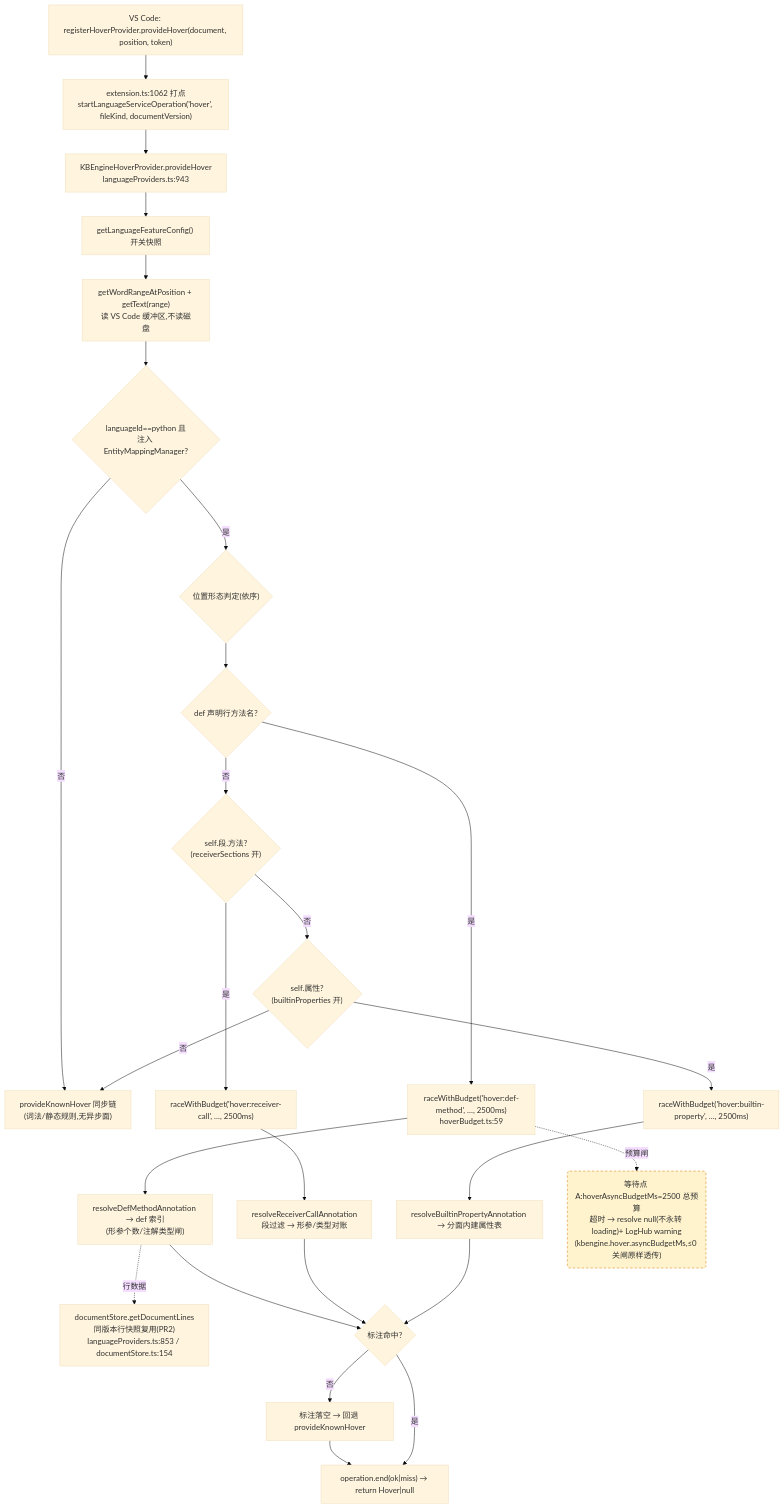
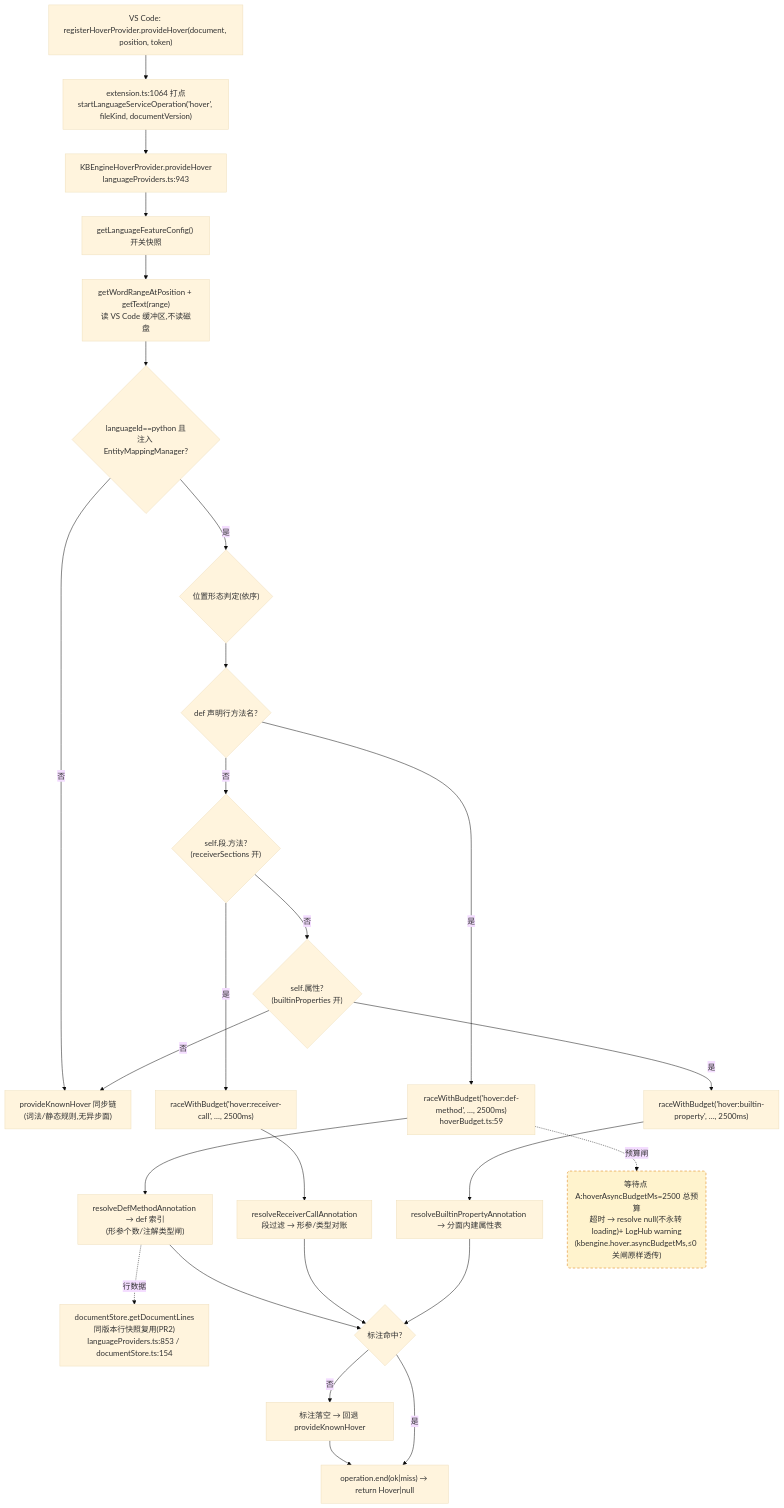
The first of 4 diagrams in docs/perf/2026-baseline.md (cuihairu/kode), drawn with Mermaid (base theme) before and after one commit. The commit also changed other lines of this file and 9 other files, not shown here.

````diff
--- a/docs/perf/2026-baseline.md
+++ b/docs/perf/2026-baseline.md
@@ -82,45 +82,45 @@
 ```mermaid
 flowchart TD
   VC1["VS Code: registerHoverProvider.provideHover(document, position, token)"]
-  M1["extension.ts:1062 打点<br/>startLanguageServiceOperation('hover', fileKind, documentVersion)"]
+  M1["extension.ts:1064 打点<br/>startLanguageServiceOperation('hover', fileKind, documentVersion)"]
   HP["KBEngineHoverProvider.provideHover<br/>languageProviders.ts:943"]
   CFG["getLanguageFeatureConfig() 开关快照"]
   WORD["getWordRangeAtPosition + getText(range)<br/>读 VS Code 缓冲区,不读磁盘"]
   BR{"languageId==python 且<br/>注入 EntityMappingManager?"}
   KN["provideKnownHover 同步链<br/>(词法/静态规则,无异步面)"]
   POS{"位置形态判定(依序)"}
   D1{"def 声明行方法名?"}
   D2{"self.段.方法?<br/>(receiverSections 开)"}
   D3{"self.属性?<br/>(builtinProperties 开)"}
   RA1["raceWithBudget('hover:def-method', …, 2500ms)<br/>hoverBudget.ts:59"]
   RA2["raceWithBudget('hover:receiver-call', …, 2500ms)"]
   RA3["raceWithBudget('hover:builtin-property', …, 2500ms)"]
   RS1["resolveDefMethodAnnotation → def 索引<br/>(形参个数/注解类型闸)"]
   RS2["resolveReceiverCallAnnotation<br/>段过滤 → 形参/类型对账"]
   RS3["resolveBuiltinPropertyAnnotation → 分面内建属性表"]
   LINES["documentStore.getDocumentLines<br/>同版本行快照复用(PR2)<br/>languageProviders.ts:853 / documentStore.ts:154"]
   MISS["标注落空 → 回退 provideKnownHover"]
   END1["operation.end(ok|miss) → return Hover|null"]
 
   VC1 --> M1 --> HP --> CFG --> WORD --> BR
   BR -- "否" --> KN
   BR -- "是" --> POS --> D1
   D1 -- "是" --> RA1 --> RS1
   D1 -- "否" --> D2
   D2 -- "是" --> RA2 --> RS2
   D2 -- "否" --> D3
   D3 -- "是" --> RA3 --> RS3
   D3 -- "否" --> KN
   RS1 --> HIT{"标注命中?"}
   RS2 --> HIT
   RS3 --> HIT
   RS1 -.->|行数据| LINES
   HIT -- "否" --> MISS --> END1
   HIT -- "是" --> END1
 
   WAITA("等待点 A:hoverAsyncBudgetMs=2500 总预算<br/>超时 → resolve null(不永转 loading)+ LogHub warning<br/>(kbengine.hover.asyncBudgetMs,≤0 关闸原样透传)")
   RA1 -.->|预算闸| WAITA
 
   classDef waitPoint fill:#fff3cd,stroke:#d97706,stroke-dasharray:5 4;
   class WAITA waitPoint;
 ```
````
